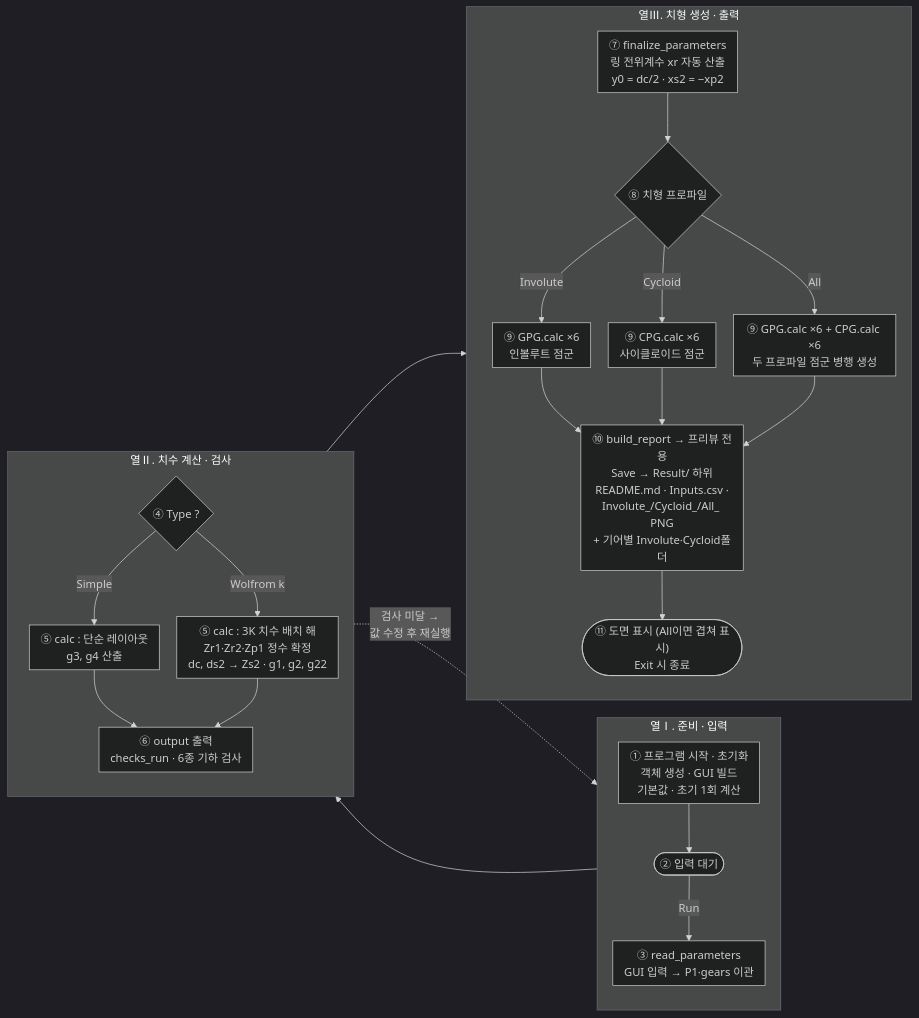
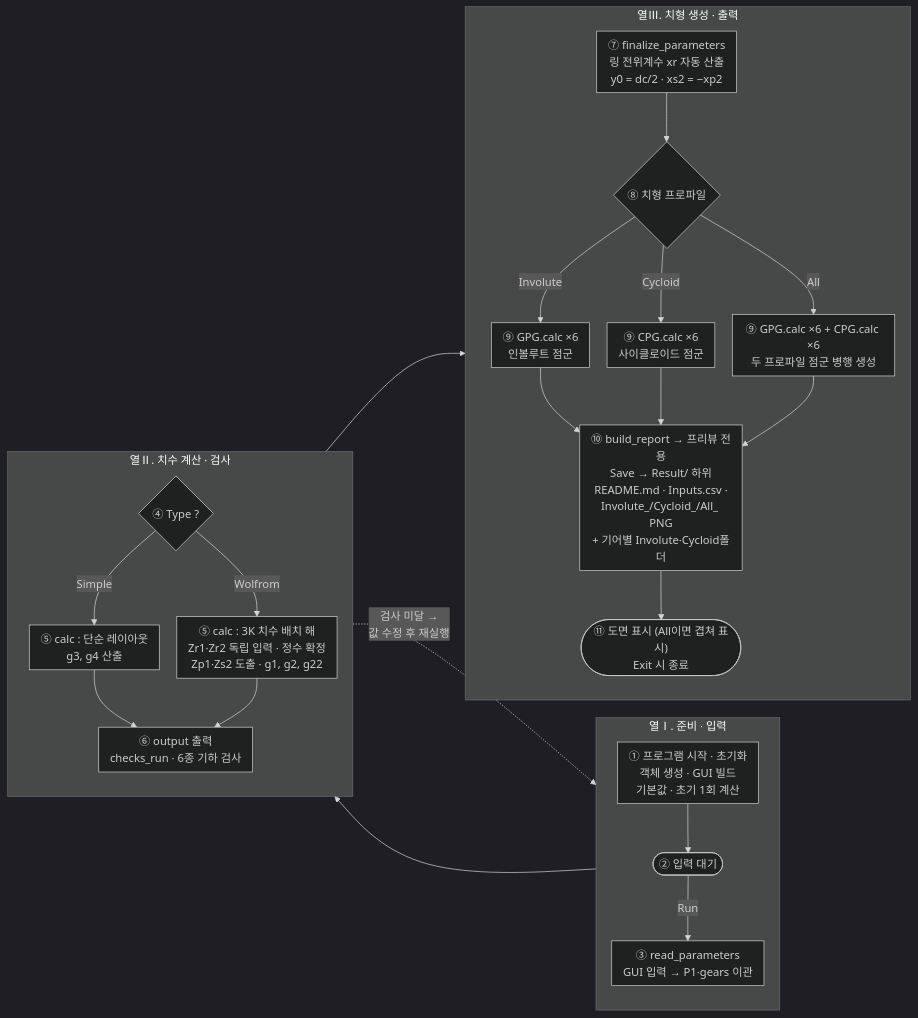
One commit to dymaxionkim/PGS changed the first of 3 diagrams in MANUAL.md. Above: the diagram before and after it, drawn with Mermaid (dark theme). The commit also changed other lines of this file and 3 other files, not shown here.

````diff
--- a/MANUAL.md
+++ b/MANUAL.md
@@ -637,33 +592,33 @@
 ```mermaid
 %%{init: {"flowchart": {"nodeSpacing": 25, "rankSpacing": 45, "padding": 8}}}%%
 flowchart LR
     subgraph COL1["열Ⅰ. 준비 · 입력"]
         direction TB
         S1["① 프로그램 시작 · 초기화<br/>객체 생성 · GUI 빌드<br/>기본값 · 초기 1회 계산"] --> S2(["② 입력 대기"])
         S2 -->|"Run"| S3["③ read_parameters<br/>GUI 입력 → P1·gears 이관"]
     end
 
     subgraph COL2["열Ⅱ. 치수 계산 · 검사"]
         direction TB
         S4{"④ Type ?"} -->|"Simple"| S5a["⑤ calc : 단순 레이아웃<br/>g3, g4 산출"]
-        S4 -->|"Wolfrom k"| S5b["⑤ calc : 3K 치수 배치 해<br/>Zr1·Zr2·Zp1 정수 확정<br/>dc, ds2 → Zs2 · g1, g2, g22"]
+        S4 -->|"Wolfrom"| S5b["⑤ calc : 3K 치수 배치 해<br/>Zr1·Zr2 독립 입력 · 정수 확정<br/>Zp1·Zs2 도출 · g1, g2, g22"]
         S5a --> S6["⑥ output 출력<br/>checks_run · 6종 기하 검사"]
         S5b --> S6
     end
 
     subgraph COL3["열Ⅲ. 치형 생성 · 출력"]
         direction TB
         S7["⑦ finalize_parameters<br/>링 전위계수 xr 자동 산출<br/>y0 = dc/2 · xs2 = −xp2"] --> S8{"⑧ 치형 프로파일"}
         S8 -->|"Involute"| S9a["⑨ GPG.calc ×6<br/>인볼루트 점군"]
         S8 -->|"Cycloid"| S9b["⑨ CPG.calc ×6<br/>사이클로이드 점군"]
         S8 -->|"All"| S9c["⑨ GPG.calc ×6 + CPG.calc ×6<br/>두 프로파일 점군 병행 생성"]
         S9a --> S10["⑩ build_report → 프리뷰 전용<br/>Save → Result/ 하위<br/>README.md · Inputs.csv ·<br/>Involute_/Cycloid_/All_ PNG<br/>+ 기어별 Involute·Cycloid폴더"]
         S9b --> S10
         S9c --> S10
         S10 --> S11(["⑪ 도면 표시 (All이면 겹쳐 표시)<br/>Exit 시 종료"])
     end
 
     COL1 --> COL2
     COL2 --> COL3
     COL2 -.->|"검사 미달 →<br/>값 수정 후 재실행"| COL1
 ```
````
